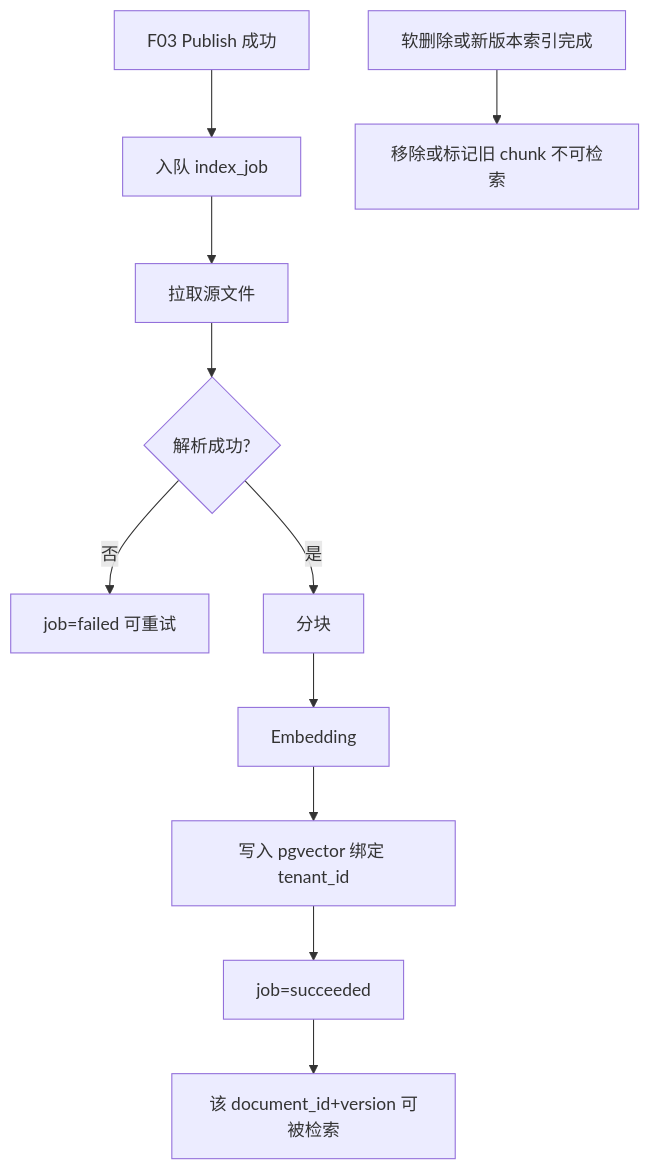
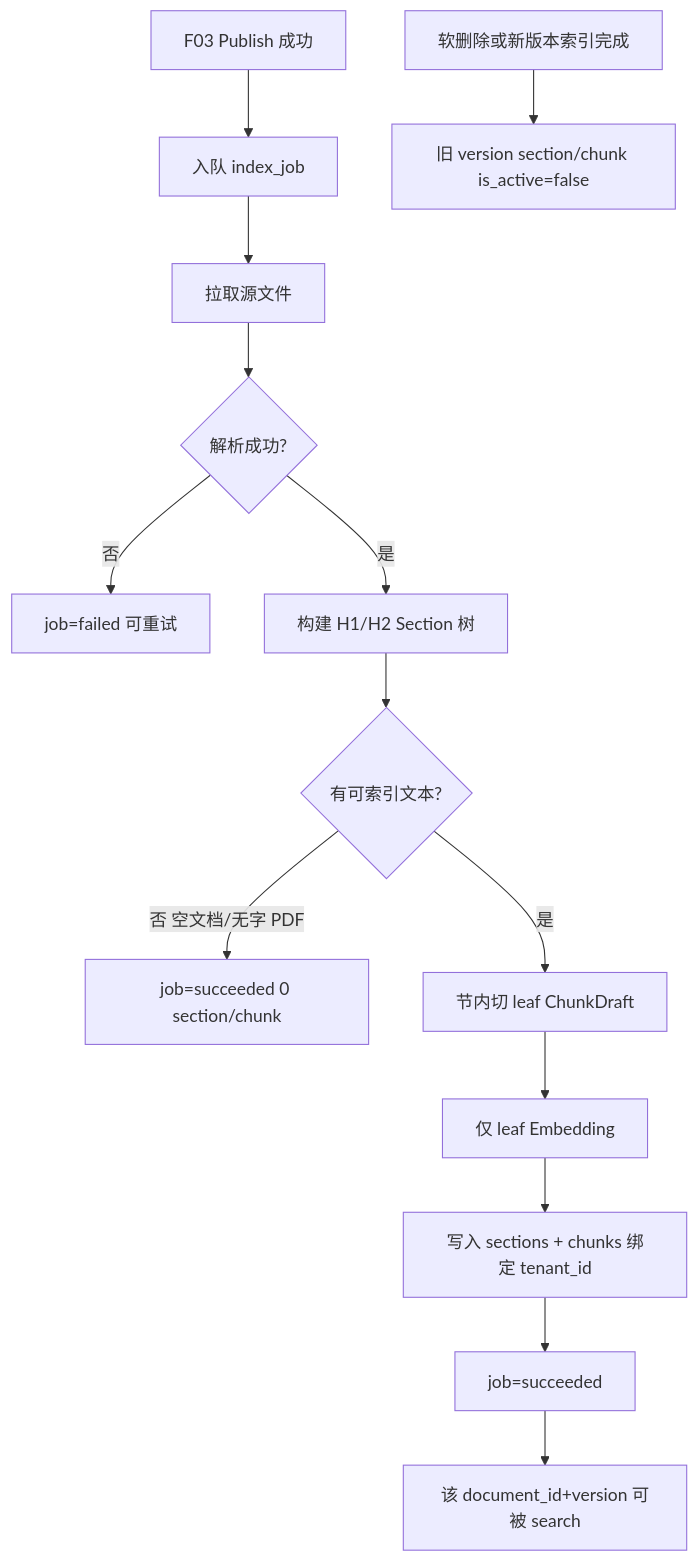
Before and after one commit to zmisi/rag-as-service: the first of 2 diagrams in docs/specs/phase1/features/F04-doc-indexing.md, drawn with Mermaid. The commit also changed other lines of this file and 18 other files, not shown here.

````diff
--- a/docs/specs/phase1/features/F04-doc-indexing.md
+++ b/docs/specs/phase1/features/F04-doc-indexing.md
@@ -30,14 +36,17 @@
 ```mermaid
 flowchart TD
   A[F03 Publish 成功] --> B[入队 index_job]
   B --> C[拉取源文件]
   C --> D{解析成功?}
   D -->|否| E1[job=failed 可重试]
-  D -->|是| F[分块]
-  F --> G[Embedding]
-  G --> H[写入 pgvector 绑定 tenant_id]
-  H --> I[job=succeeded]
-  I --> J[该 document_id+version 可被检索]
+  D -->|是| S[构建 H1/H2 Section 树]
+  S --> F{有可索引文本?}
+  F -->|否 空文档/无字 PDF| I0[job=succeeded 0 section/chunk]
+  F -->|是| G[节内切 leaf ChunkDraft]
+  G --> H[仅 leaf Embedding]
+  H --> W[写入 sections + chunks 绑定 tenant_id]
+  W --> I[job=succeeded]
+  I --> J[该 document_id+version 可被 search]
 
-  K[软删除或新版本索引完成] --> L[移除或标记旧 chunk 不可检索]
+  K[软删除或新版本索引完成] --> L[旧 version section/chunk is_active=false]
 ```
````
